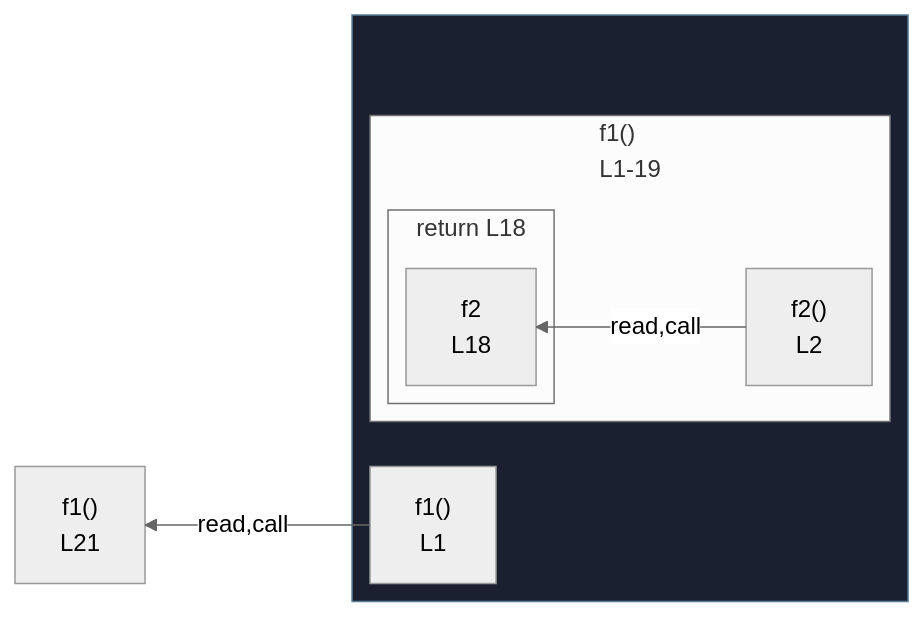
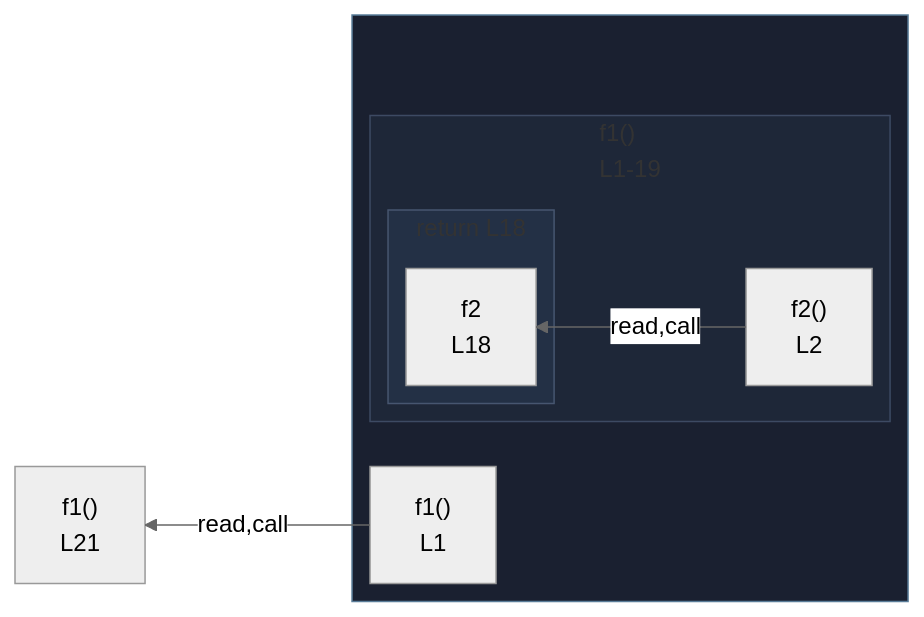
Before and after one commit to crescware/unsnarl: the diagram in integration/fixtures/app-behavior/depth/function/depth-1/preview.md, drawn with Mermaid (neutral theme). The commit also changed 249 other files, not shown here.

First line of the commit message:
Color Mermaid subgraphs by nesting depth via theme palette

````diff
--- a/integration/fixtures/app-behavior/depth/function/depth-1/preview.md
+++ b/integration/fixtures/app-behavior/depth/function/depth-1/preview.md
@@ -37,21 +37,25 @@
 ```mermaid
 %%{init: {"flowchart": {"defaultRenderer": "elk"}}}%%
 flowchart RL
   subgraph wrap_s_scope_1[" "]
     direction TB
     n_scope_0_f1_9["f1()<br/>L1"]
     subgraph s_scope_1["f1()<br/>L1-19"]
       direction RL
       n_scope_1_f2_27["f2()<br/>L2"]
       subgraph s_return_scope_0_f1_9_295_307["return L18"]
         direction RL
         ret_use_ref_6["f2<br/>L18"]
       end
     end
   end
   n_scope_1_f2_27 -->|read,call| ret_use_ref_6
   n_scope_0_f1_9 -->|read,call| expr_stmt_311
   expr_stmt_311["f1()<br/>L21"]
   classDef fnWrap fill:#1a2030,stroke:#5a7d99;
   class wrap_s_scope_1 fnWrap;
+  classDef nestL1 fill:#1e2738,stroke:#3d4a63;
+  class s_scope_1 nestL1;
+  classDef nestL2 fill:#233045,stroke:#475670;
+  class s_return_scope_0_f1_9_295_307 nestL2;
 ```
````
